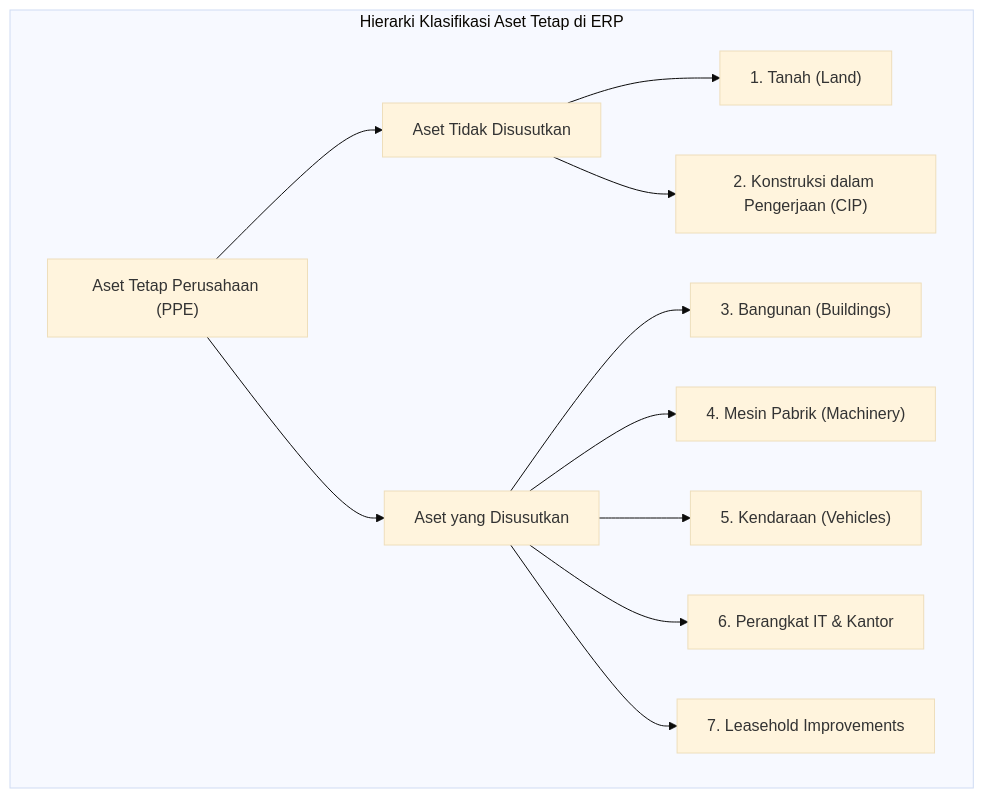
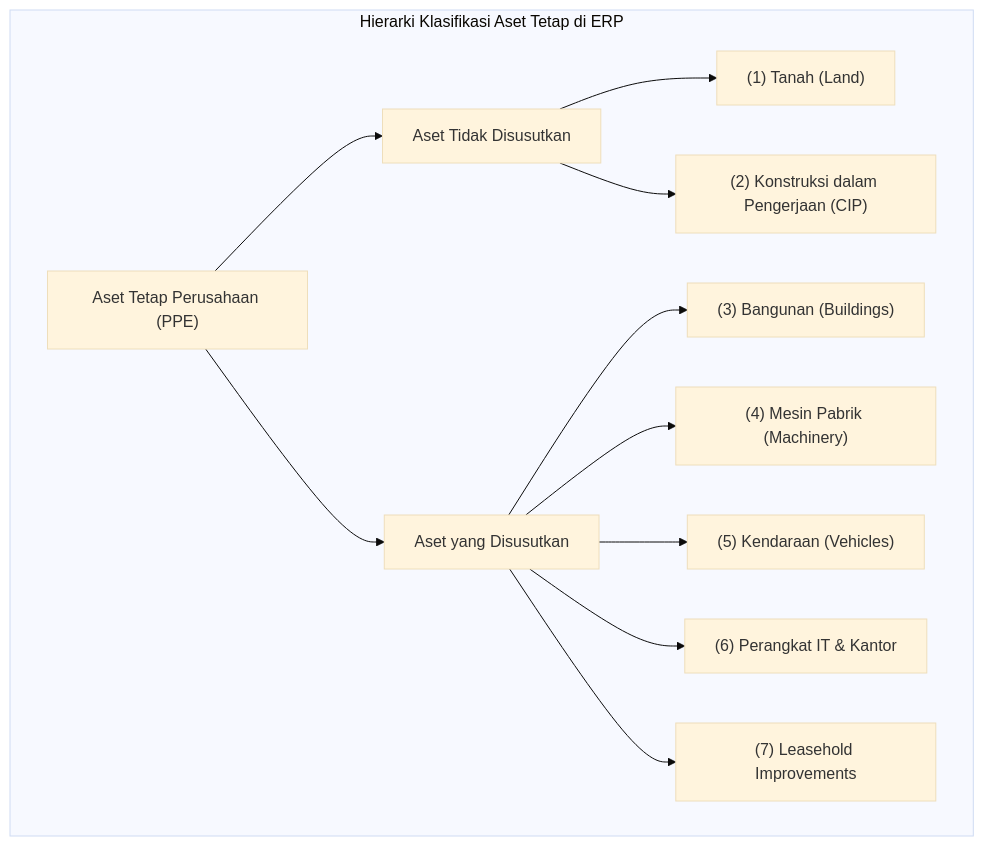
The first of 2 diagrams in content/08-assets/asset-classification.md (alimurrofid/erp-notes), drawn with Mermaid (base theme) before and after one commit. The commit also changed other lines of this file and 132 other files, not shown here.

````diff
--- a/content/08-assets/asset-classification.md
+++ b/content/08-assets/asset-classification.md
@@ -9,24 +9,24 @@
 ```mermaid
 graph TD
     subgraph AssetClassificationHierarchy["Hierarki Klasifikasi Aset Tetap di ERP"]
         Top["Aset Tetap Perusahaan (PPE)"]
         NonDep["Aset Tidak Disusutkan"]
         Dep["Aset yang Disusutkan"]
-        Land["1. Tanah (Land)"]
-        CIP["2. Konstruksi dalam Pengerjaan (CIP)"]
-        Bldg["3. Bangunan (Buildings)"]
-        Mach["4. Mesin Pabrik (Machinery)"]
-        Veh["5. Kendaraan (Vehicles)"]
-        IT["6. Perangkat IT & Kantor"]
-        Lease["7. Leasehold Improvements"]
+        Land["(1) Tanah (Land)"]
+        CIP["(2) Konstruksi dalam Pengerjaan (CIP)"]
+        Bldg["(3) Bangunan (Buildings)"]
+        Mach["(4) Mesin Pabrik (Machinery)"]
+        Veh["(5) Kendaraan (Vehicles)"]
+        IT["(6) Perangkat IT & Kantor"]
+        Lease["(7) Leasehold Improvements"]
     end
     Top --> NonDep
     Top --> Dep
     NonDep --> Land
     NonDep --> CIP
     Dep --> Bldg
     Dep --> Mach
     Dep --> Veh
     Dep --> IT
     Dep --> Lease
 ```
````
